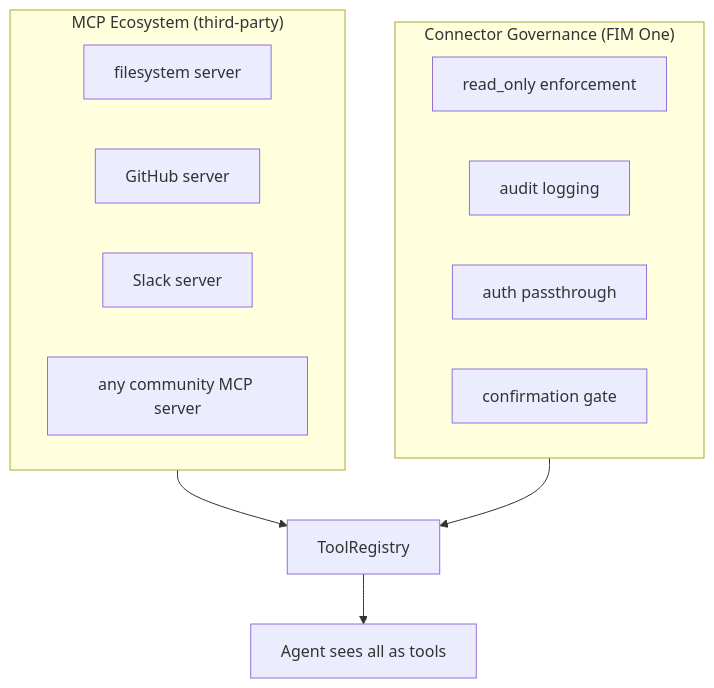
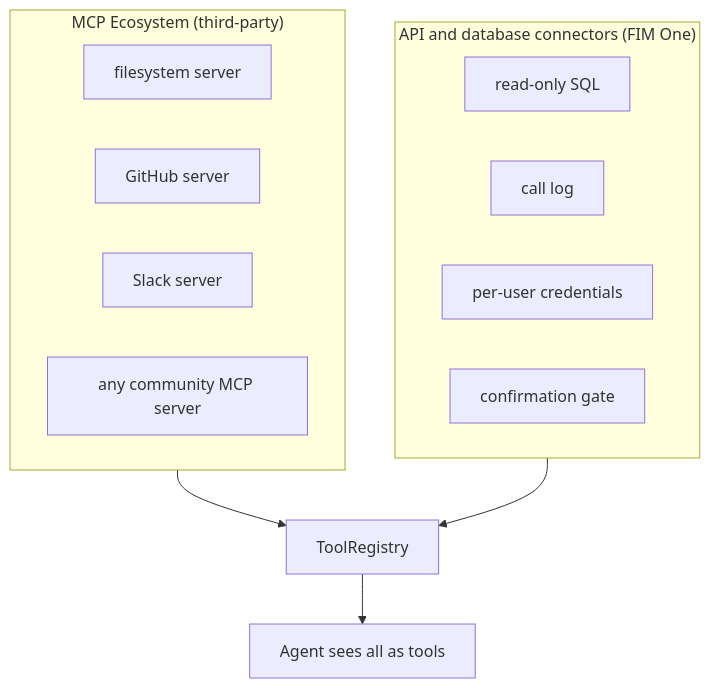
One commit to fim-ai/fim-one changed the fifth of 5 diagrams in docs/architecture/connector-architecture.mdx. Above: the diagram before and after it, drawn with Mermaid. The commit also changed other lines of this file and 12 other files, not shown here.

````diff
--- a/docs/architecture/connector-architecture.mdx
+++ b/docs/architecture/connector-architecture.mdx
@@ -245,20 +226,20 @@
 ```mermaid
 flowchart TB
     subgraph MCP["MCP Ecosystem (third-party)"]
         M1["filesystem server"]
         M2["GitHub server"]
         M3["Slack server"]
         M4["any community MCP server"]
     end
 
-    subgraph CG["Connector Governance (FIM One)"]
-        C1["read_only enforcement"]
-        C2["audit logging"]
-        C3["auth passthrough"]
+    subgraph CG["API and database connectors (FIM One)"]
+        C1["read-only SQL"]
+        C2["call log"]
+        C3["per-user credentials"]
         C4["confirmation gate"]
     end
 
     MCP --> TR["ToolRegistry"]
     CG --> TR
     TR --> Agent["Agent sees all as tools"]
 ```
````
